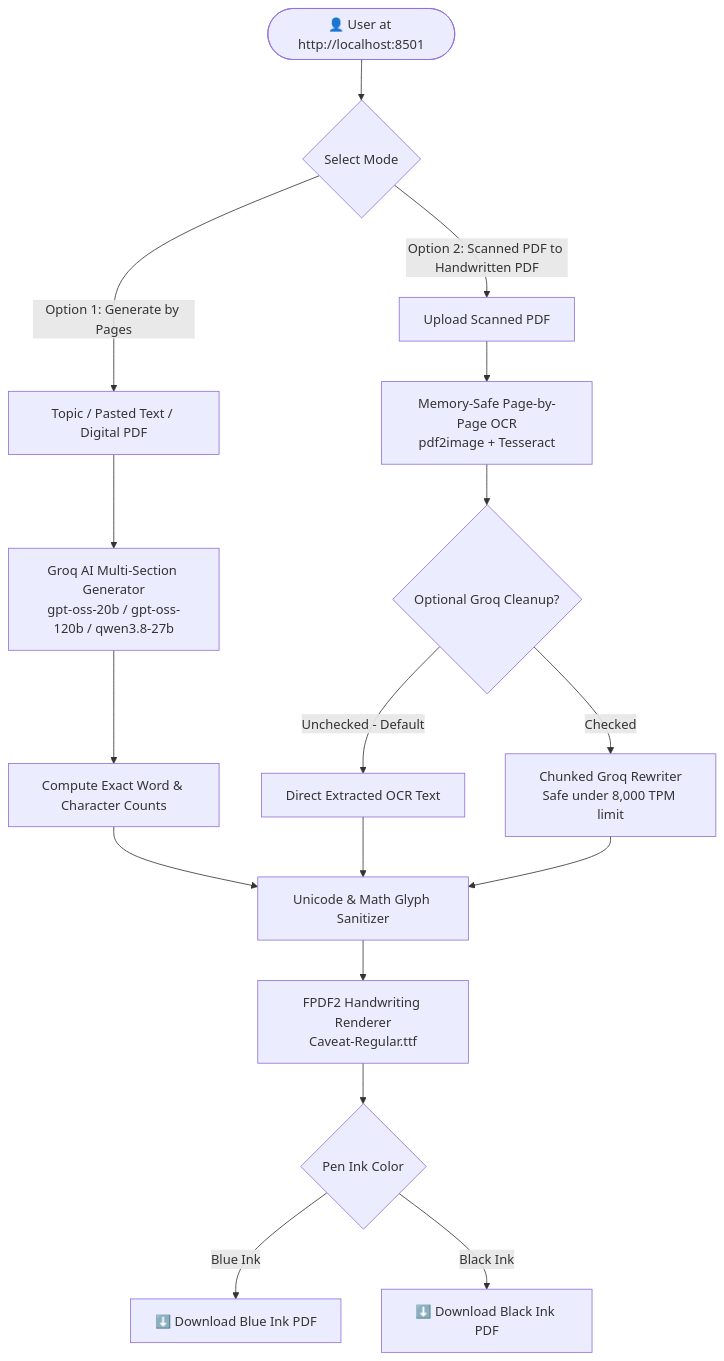
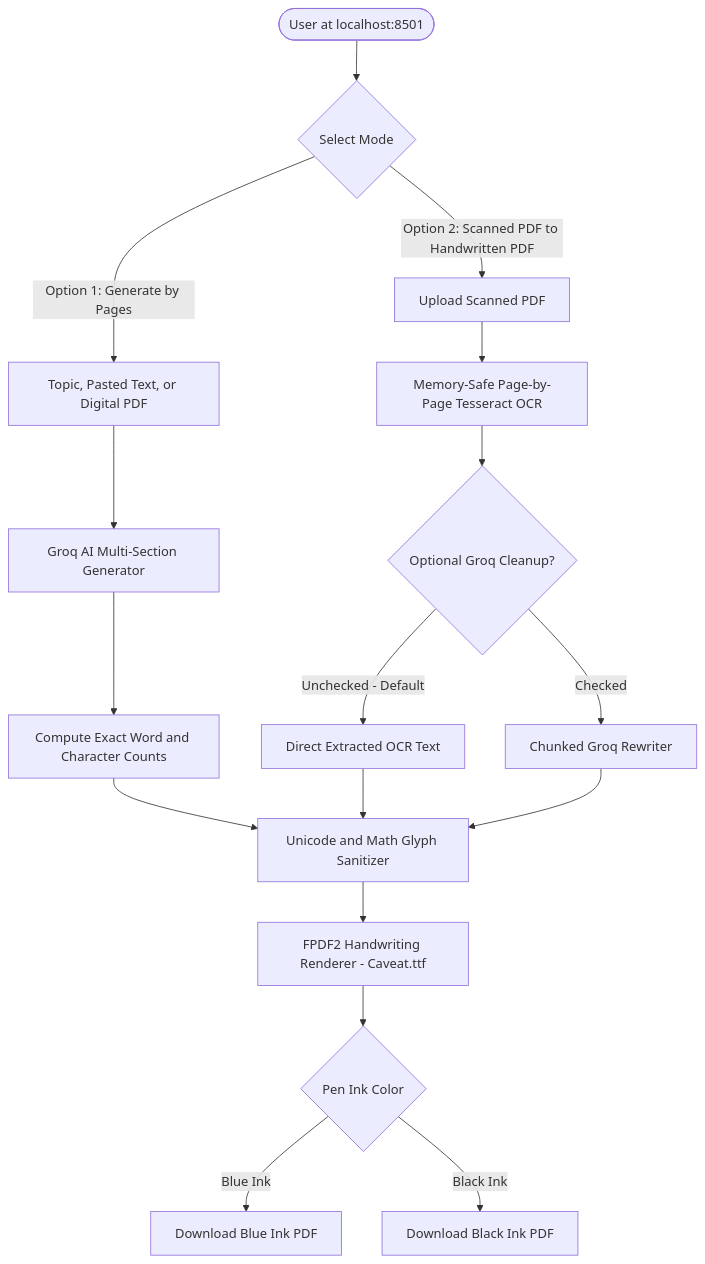
One commit to SRINIVASTA/record-processor changed the diagram in README.md. Above: the diagram before and after it, drawn with Mermaid.

````diff
--- a/README.md
+++ b/README.md
@@ -9,26 +9,23 @@
 ```mermaid
 flowchart TD
-    User([👤 User at http://localhost:8501]) --> Mode{Select Mode}
+    User(["User at localhost:8501"]) --> Mode{"Select Mode"}
 
-    %% Option 1 Flow
-    Mode -->|Option 1: Generate by Pages| Input1[Topic / Pasted Text / Digital PDF]
-    Input1 --> Planner[Groq AI Multi-Section Generator<br/>gpt-oss-20b / gpt-oss-120b / qwen3.8-27b]
-    Planner --> Metrics[Compute Exact Word & Character Counts]
+    Mode -->|"Option 1: Generate by Pages"| Input1["Topic, Pasted Text, or Digital PDF"]
+    Input1 --> Planner["Groq AI Multi-Section Generator"]
+    Planner --> Metrics["Compute Exact Word and Character Counts"]
 
-    %% Option 2 Flow
-    Mode -->|Option 2: Scanned PDF to Handwritten PDF| Input2[Upload Scanned PDF]
-    Input2 --> OCR[Memory-Safe Page-by-Page OCR<br/>pdf2image + Tesseract]
-    OCR --> CleanCheck{Optional Groq Cleanup?}
-    CleanCheck -->|Unchecked - Default| DirectText[Direct Extracted OCR Text]
-    CleanCheck -->|Checked| ChunkGroq[Chunked Groq Rewriter<br/>Safe under 8,000 TPM limit]
+    Mode -->|"Option 2: Scanned PDF to Handwritten PDF"| Input2["Upload Scanned PDF"]
+    Input2 --> OCR["Memory-Safe Page-by-Page Tesseract OCR"]
+    OCR --> CleanCheck{"Optional Groq Cleanup?"}
+    CleanCheck -->|"Unchecked - Default"| DirectText["Direct Extracted OCR Text"]
+    CleanCheck -->|"Checked"| ChunkGroq["Chunked Groq Rewriter"]
 
-    %% Shared PDF Export Pipeline
-    Metrics --> Sanitizer[Unicode & Math Glyph Sanitizer]
+    Metrics --> Sanitizer["Unicode and Math Glyph Sanitizer"]
     DirectText --> Sanitizer
     ChunkGroq --> Sanitizer
 
-    Sanitizer --> FontEngine[FPDF2 Handwriting Renderer<br/>Caveat-Regular.ttf]
-    FontEngine --> Ink{Pen Ink Color}
-    Ink -->|Blue Ink| BluePDF[⬇️ Download Blue Ink PDF]
-    Ink -->|Black Ink| BlackPDF[⬇️ Download Black Ink PDF]
+    Sanitizer --> FontEngine["FPDF2 Handwriting Renderer - Caveat.ttf"]
+    FontEngine --> Ink{"Pen Ink Color"}
+    Ink -->|"Blue Ink"| BluePDF["Download Blue Ink PDF"]
+    Ink -->|"Black Ink"| BlackPDF["Download Black Ink PDF"]
 ```
````
